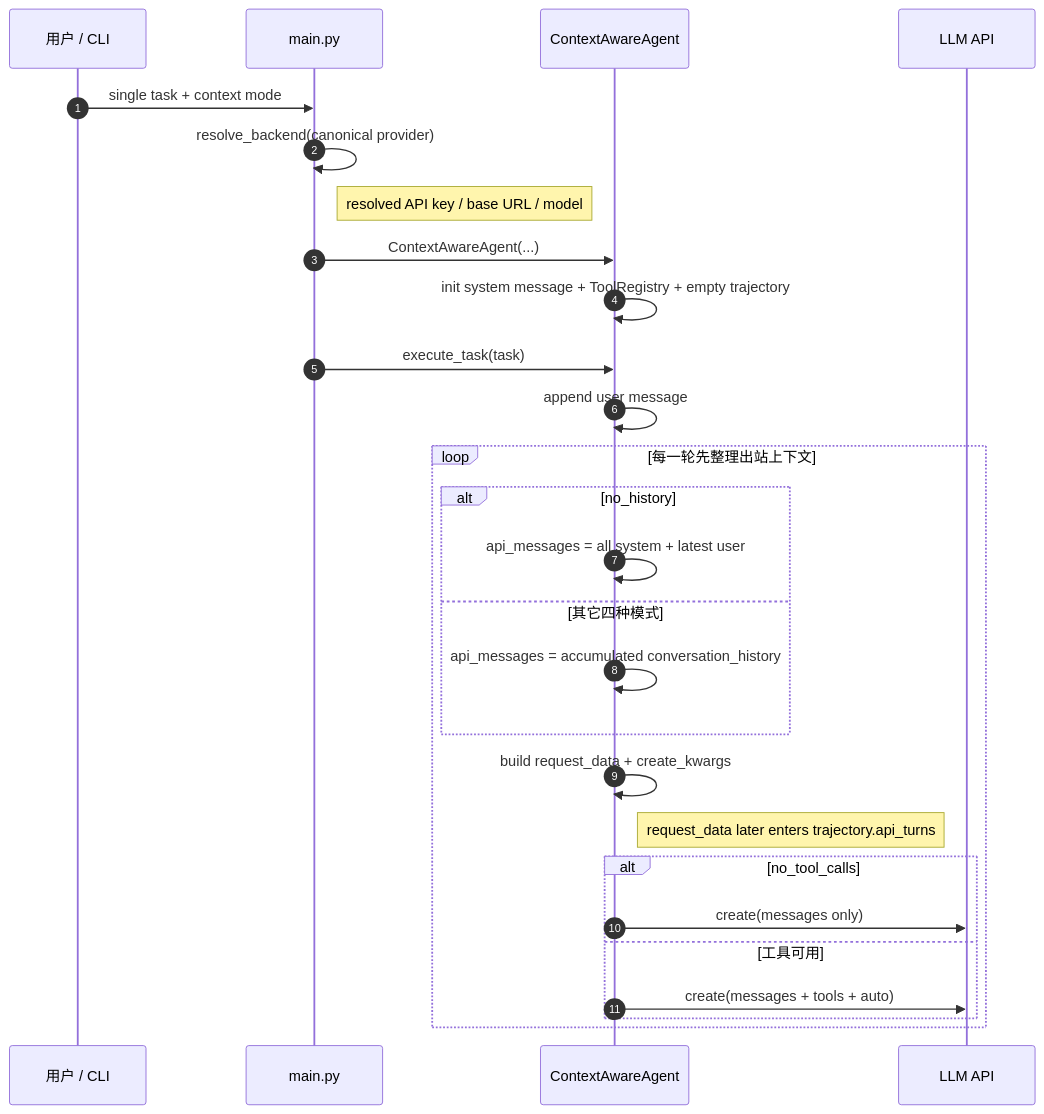
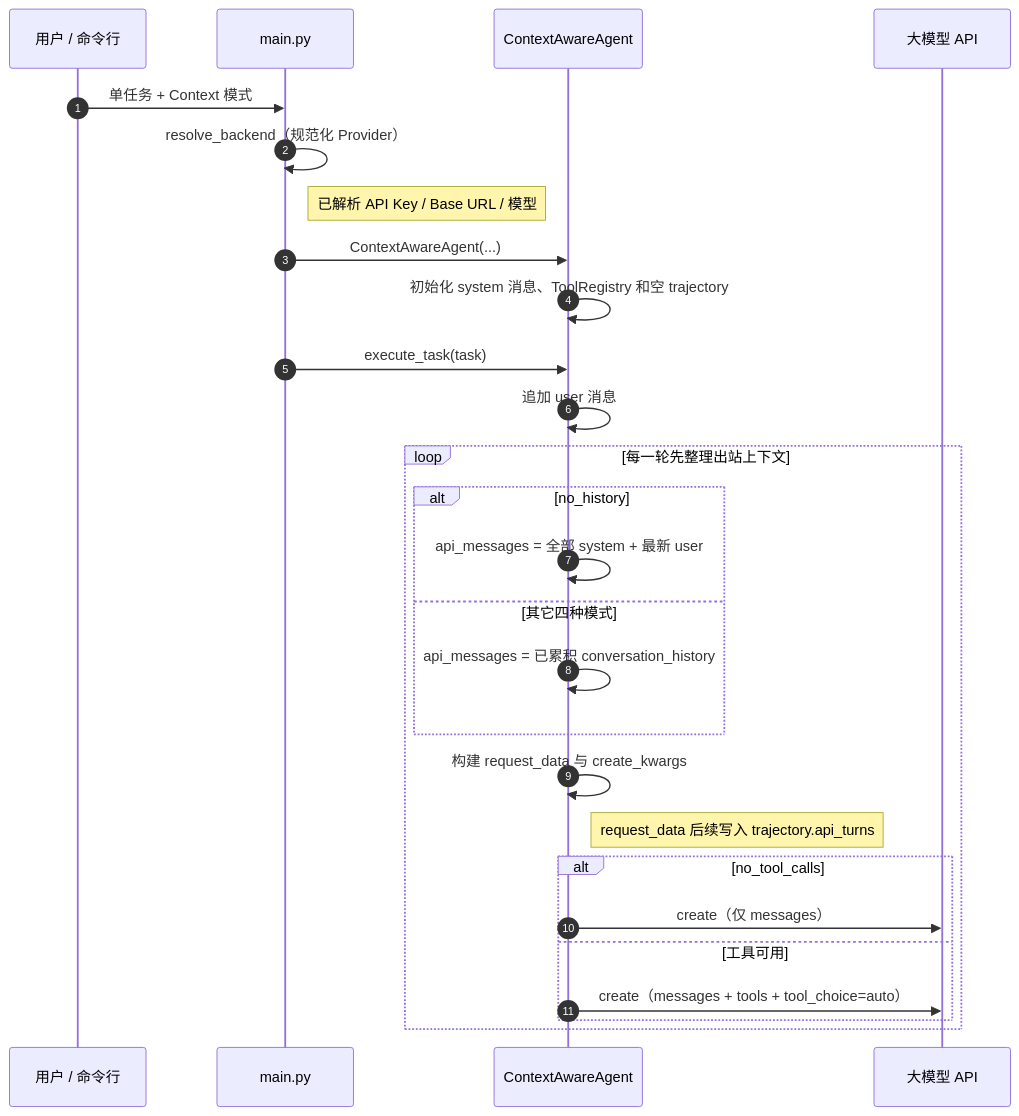
Before and after one commit to zhangxinxixx/ai-agent-book: the first of 3 diagrams in learning/chapter1/context/实验逻辑流程.md, drawn with Mermaid. The commit also changed other lines of this file and 30 other files, not shown here.

````diff
--- a/learning/chapter1/context/实验逻辑流程.md
+++ b/learning/chapter1/context/实验逻辑流程.md
@@ -120,31 +120,31 @@
-~~~mermaid
+```mermaid
 sequenceDiagram
     autonumber
-    participant U as 用户 / CLI
+    participant U as 用户 / 命令行
     participant M as main.py
     participant A as ContextAwareAgent
-    participant L as LLM API
+    participant L as 大模型 API
 
-    U->>M: single task + context mode
-    M->>M: resolve_backend(canonical provider)
-    Note right of M: resolved API key / base URL / model
+    U->>M: 单任务 + Context 模式
+    M->>M: resolve_backend（规范化 Provider）
+    Note right of M: 已解析 API Key / Base URL / 模型
     M->>A: ContextAwareAgent(...)
-    A->>A: init system message + ToolRegistry + empty trajectory
+    A->>A: 初始化 system 消息、ToolRegistry 和空 trajectory
     M->>A: execute_task(task)
-    A->>A: append user message
+    A->>A: 追加 user 消息
 
     loop 每一轮先整理出站上下文
         alt no_history
-            A->>A: api_messages = all system + latest user
+            A->>A: api_messages = 全部 system + 最新 user
         else 其它四种模式
-            A->>A: api_messages = accumulated conversation_history
+            A->>A: api_messages = 已累积 conversation_history
         end
-        A->>A: build request_data + create_kwargs
-        Note right of A: request_data later enters trajectory.api_turns
+        A->>A: 构建 request_data 与 create_kwargs
+        Note right of A: request_data 后续写入 trajectory.api_turns
         alt no_tool_calls
-            A->>L: create(messages only)
+            A->>L: create（仅 messages）
         else 工具可用
-            A->>L: create(messages + tools + auto)
+            A->>L: create（messages + tools + tool_choice=auto）
         end
     end
-~~~
+```
````
